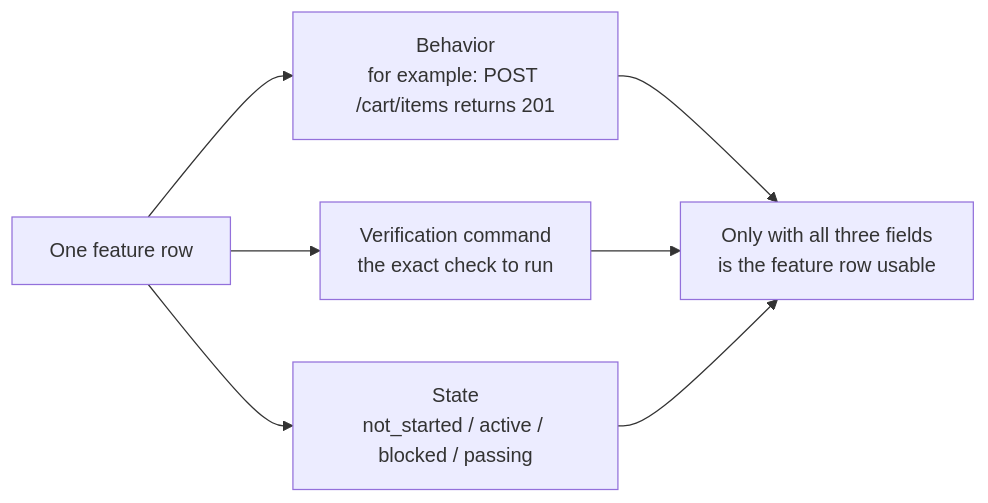
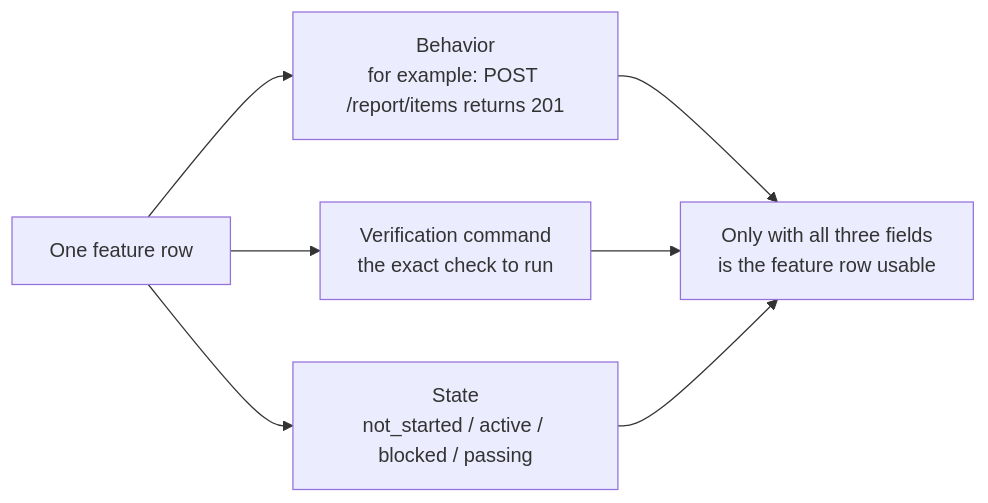
One commit to walkinglabs/learn-harness-engineering changed the first of 2 diagrams in docs/en/lectures/lecture-08-why-feature-lists-are-harness-primitives/index.md. Above: the diagram before and after it, drawn with Mermaid. The commit also changed other lines of this file and 1324 other files, not shown here.

````diff
--- a/docs/en/lectures/lecture-08-why-feature-lists-are-harness-primitives/index.md
+++ b/docs/en/lectures/lecture-08-why-feature-lists-are-harness-primitives/index.md
@@ -29,10 +29,10 @@
 ```mermaid
 flowchart LR
-    Feature["One feature row"] --> Behavior["Behavior<br/>for example: POST /cart/items returns 201"]
+    Feature["One feature row"] --> Behavior["Behavior<br/>for example: POST /report/items returns 201"]
     Feature --> Check["Verification command<br/>the exact check to run"]
     Feature --> State["State<br/>not_started / active / blocked / passing"]
 
     Behavior --> Complete["Only with all three fields<br/>is the feature row usable"]
     Check --> Complete
     State --> Complete
 ```
````
